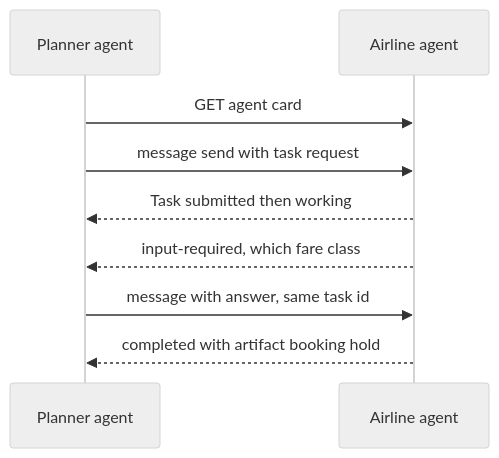
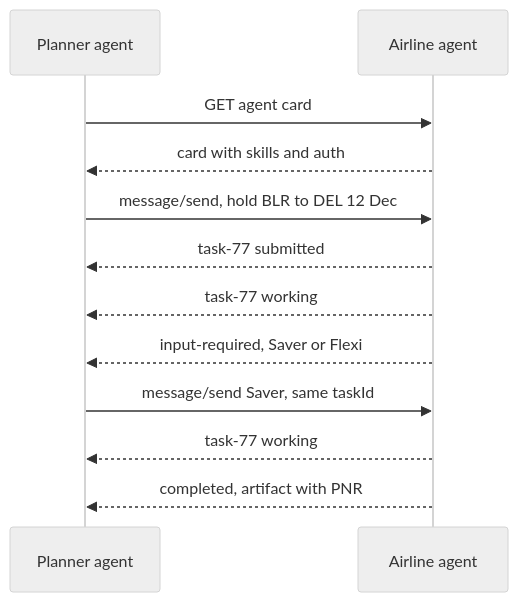
Diagram 12 of 15 in content-en/11-agentic/07-tools-mcp-a2a.md (flow6979/viewinter), drawn with Mermaid (neutral theme) before and after one commit. The commit also changed other lines of this file and 26 other files, not shown here.

First line of the commit message:
Agentic AI: rewrite all 13 pages to explain from scratch; animate diagrams on every article

````diff
--- a/content-en/11-agentic/07-tools-mcp-a2a.md
+++ b/content-en/11-agentic/07-tools-mcp-a2a.md
@@ -261,11 +794,14 @@
 ```mermaid
 sequenceDiagram
     participant P as Planner agent
     participant A as Airline agent
     P->>A: GET agent card
-    P->>A: message send with task request
-    A-->>P: Task submitted then working
-    A-->>P: input-required, which fare class
-    P->>A: message with answer, same task id
-    A-->>P: completed with artifact booking hold
+    A-->>P: card with skills and auth
+    P->>A: message/send, hold BLR to DEL 12 Dec
+    A-->>P: task-77 submitted
+    A-->>P: task-77 working
+    A-->>P: input-required, Saver or Flexi
+    P->>A: message/send Saver, same taskId
+    A-->>P: task-77 working
+    A-->>P: completed, artifact with PNR
 ```
````
